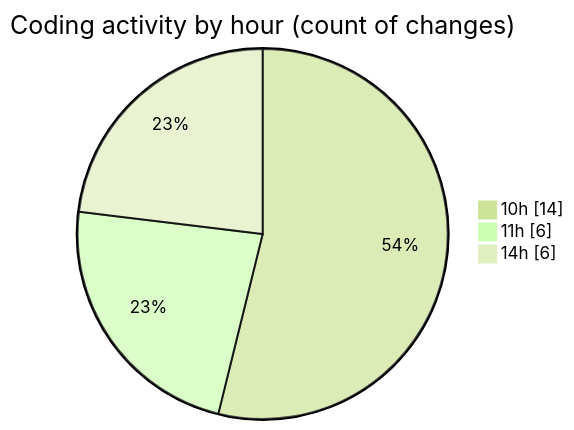
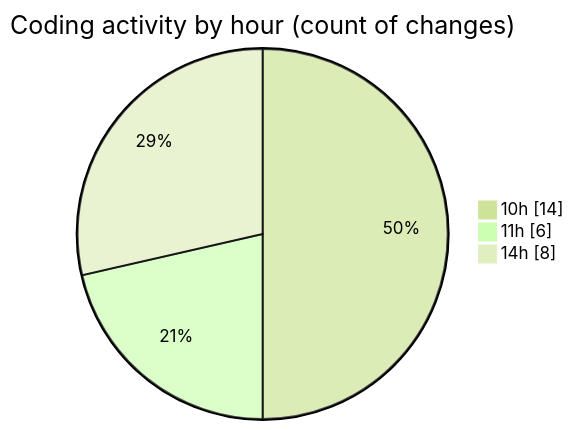
Before and after one commit to robertbonfada/code-tracking: the second of 2 diagrams in 2025-01-29/audiobooks-web/README.md, drawn with Mermaid (forest theme). The commit also changed other lines of this file and 1 other file, not shown here.

````diff
--- a/2025-01-29/audiobooks-web/README.md
+++ b/2025-01-29/audiobooks-web/README.md
@@ -33,7 +34,7 @@
 ```mermaid
 pie showData
 title Coding activity by hour (count of changes)
 "10h" : 14
 "11h" : 6
-"14h" : 6
+"14h" : 8
 ```
````
